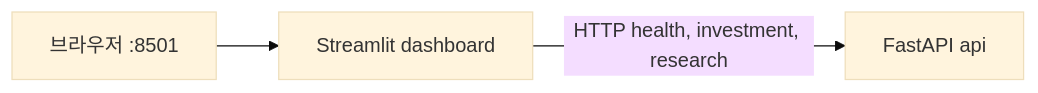
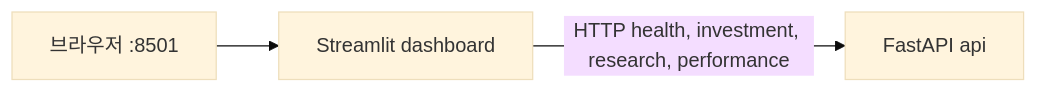
The diagram in docs/development.md (neibler/first-class), drawn with Mermaid (base theme) before and after one commit. The commit also changed other lines of this file and 14 other files, not shown here.

````diff
--- a/docs/development.md
+++ b/docs/development.md
@@ -5,5 +25,5 @@
 ```mermaid
 flowchart LR
     Browser[브라우저 :8501] --> Dashboard[Streamlit dashboard]
-    Dashboard -->|HTTP health, investment, research| API[FastAPI api]
+    Dashboard -->|HTTP health, investment, research, performance| API[FastAPI api]
 ```
````
